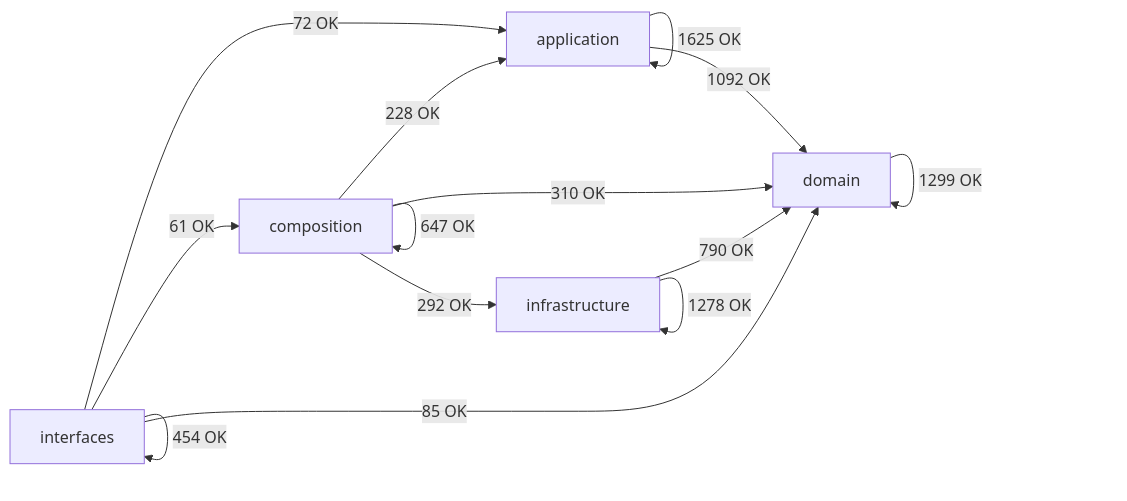
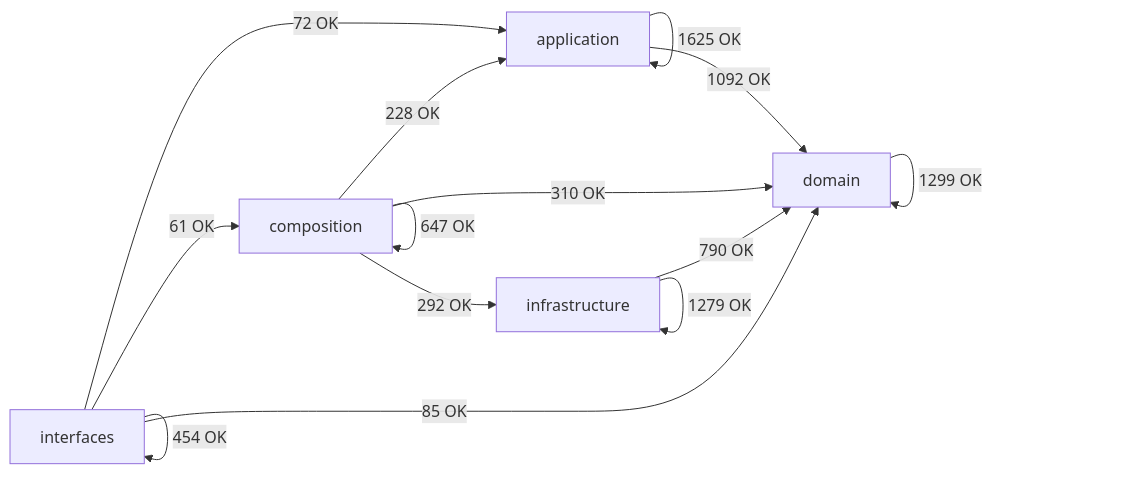
Before and after one commit to SatoryKono/BioactivityDataAcquisition: the diagram in docs/02-architecture/generated/module-dependency-map.md, drawn with Mermaid. The commit also changed other lines of this file and 17 other files, not shown here.

````diff
--- a/docs/02-architecture/generated/module-dependency-map.md
+++ b/docs/02-architecture/generated/module-dependency-map.md
@@ -17,21 +17,21 @@
 ```mermaid
 flowchart LR
     domain[domain]
     application[application]
     infrastructure[infrastructure]
     composition[composition]
     interfaces[interfaces]
     application -->|1625 OK| application
     application -->|1092 OK| domain
     composition -->|228 OK| application
     composition -->|647 OK| composition
     composition -->|310 OK| domain
     composition -->|292 OK| infrastructure
     domain -->|1299 OK| domain
     infrastructure -->|790 OK| domain
-    infrastructure -->|1278 OK| infrastructure
+    infrastructure -->|1279 OK| infrastructure
     interfaces -->|72 OK| application
     interfaces -->|61 OK| composition
     interfaces -->|85 OK| domain
     interfaces -->|454 OK| interfaces
 ```
````
